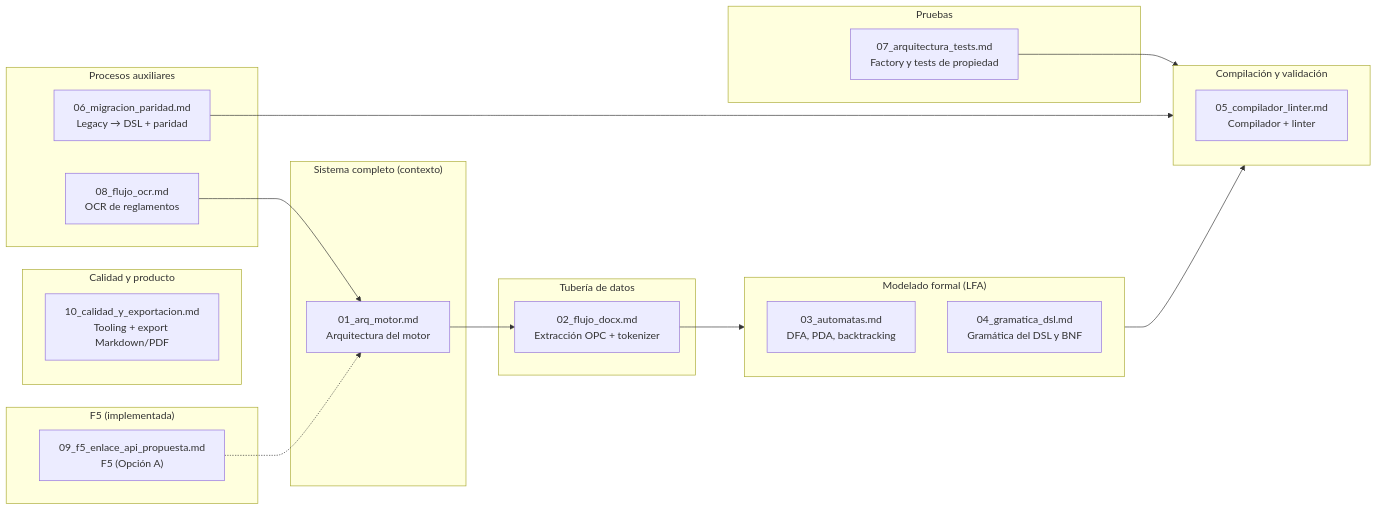
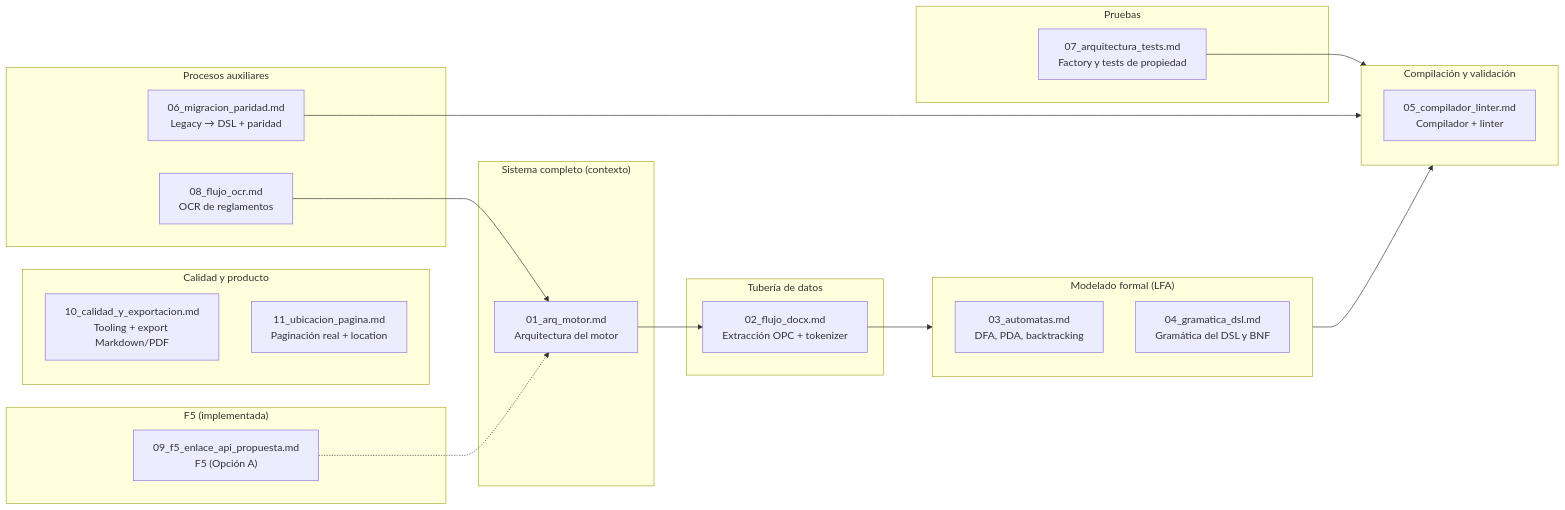
The first of 2 diagrams in docs/diseno/00_indice_diseno.md (IvanSanchezSil/vistobueno), drawn with Mermaid before and after one commit. The commit also changed other lines of this file and 5 other files, not shown here.

Commit message:
feat(motor): enriquecer ubicacion de reglas fallidas con la pagina fisica

````diff
--- a/docs/diseno/00_indice_diseno.md
+++ b/docs/diseno/00_indice_diseno.md
@@ -31,44 +31,45 @@
 ```mermaid
 flowchart LR
     subgraph CONTEXTO["Sistema completo (contexto)"]
         A["01_arq_motor.md<br/>Arquitectura del motor"]
     end
 
     subgraph TUBERIA["Tubería de datos"]
         B["02_flujo_docx.md<br/>Extracción OPC + tokenizer"]
     end
 
     subgraph FORMAL["Modelado formal (LFA)"]
         C["03_automatas.md<br/>DFA, PDA, backtracking"]
         D["04_gramatica_dsl.md<br/>Gramática del DSL y BNF"]
     end
 
     subgraph COMPILACION["Compilación y validación"]
         E["05_compilador_linter.md<br/>Compilador + linter"]
     end
 
     subgraph PROCESOS["Procesos auxiliares"]
         F["06_migracion_paridad.md<br/>Legacy → DSL + paridad"]
         G["08_flujo_ocr.md<br/>OCR de reglamentos"]
     end
 
     subgraph PRUEBAS["Pruebas"]
         H["07_arquitectura_tests.md<br/>Factory y tests de propiedad"]
     end
 
     subgraph CALIDAD["Calidad y producto"]
         J["10_calidad_y_exportacion.md<br/>Tooling + export Markdown/PDF"]
+        K["11_ubicacion_pagina.md<br/>Paginación real + location"]
     end
 
     subgraph FUTURO["F5 (implementada)"]
         I["09_f5_enlace_api_propuesta.md<br/>F5 (Opción A)"]
     end
 
     A --> B
     B --> FORMAL
     FORMAL --> COMPILACION
     F --> COMPILACION
     H --> COMPILACION
     G --> A
     I -.-> A
 ```
````
